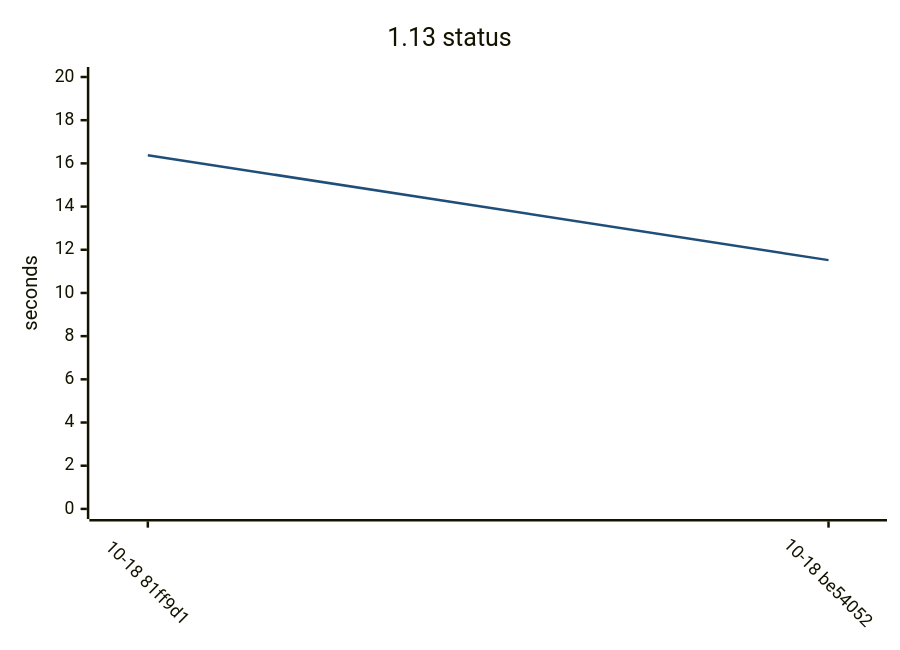
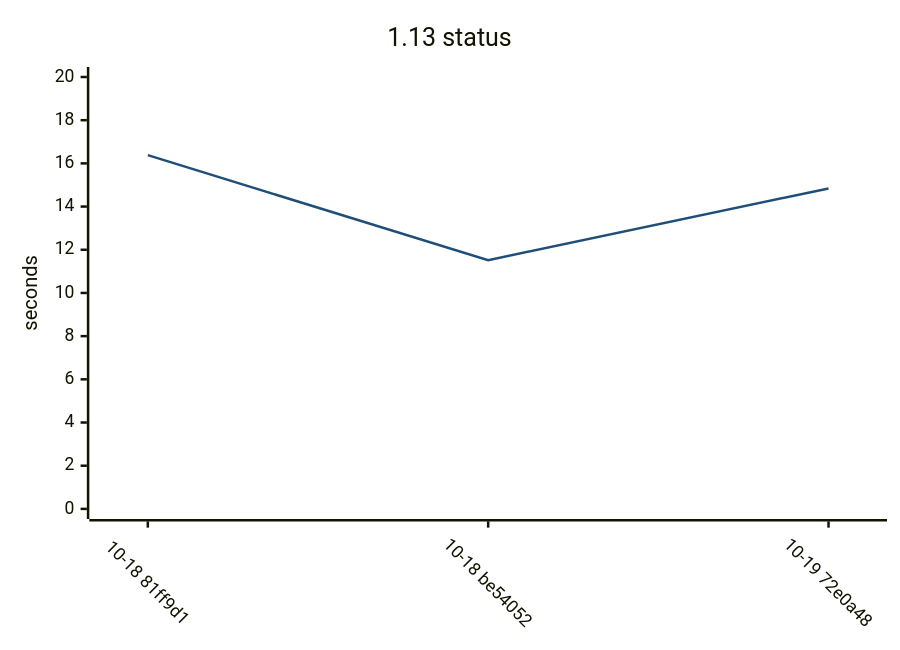
Before and after one commit to yamanori99/DistSSHKit.jl: the second of 12 diagrams in README.md, drawn with Mermaid. The commit also changed other lines of this file and 1 other file, not shown here.

````diff
--- a/README.md
+++ b/README.md
@@ -52,17 +52,17 @@
 ```mermaid
 ---
 config:
   theme: base
   themeVariables:
     xyChart:
       plotColorPalette: "#1f4e79"
   xyChart:
     xAxis:
       labelRotation: 45
 ---
 xychart-beta
     title "1.13 status"
-    x-axis ["10-18 81ff9d1", "10-18 be54052"]
+    x-axis ["10-18 81ff9d1", "10-18 be54052", "10-19 72e0a48"]
     y-axis "seconds" 0 --> 20
-    line [16.38, 11.52]
+    line [16.38, 11.52, 14.84]
 ```
````
